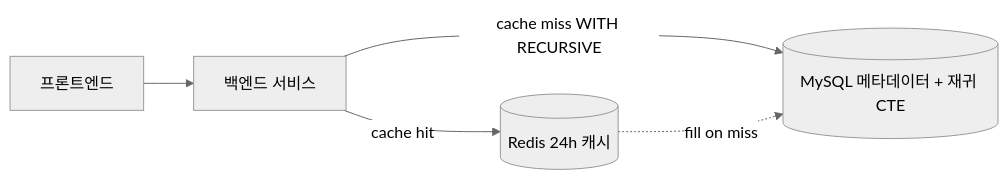
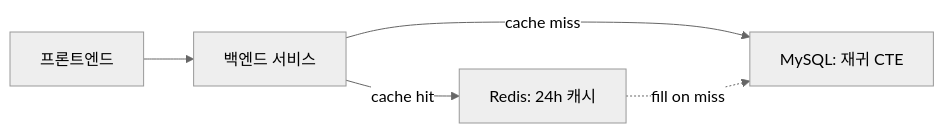
One commit to data-sy/my-math-teacher changed the second of 2 diagrams in docs/reports/m2-cte-migration.md. Above: the diagram before and after it, drawn with Mermaid (neutral theme). The commit also changed other lines of this file and 1 other file, not shown here.

First line of the commit message:
docs: clarify measurement conditions with 3-way comparison and simpler mermaid

````diff
--- a/docs/reports/m2-cte-migration.md
+++ b/docs/reports/m2-cte-migration.md
@@ -57,7 +57,7 @@
 ```mermaid
 flowchart LR
     FE2[프론트엔드] --> BE2[백엔드 서비스]
-    BE2 -->|cache hit| RD[(Redis 24h 캐시)]
-    BE2 -->|cache miss WITH RECURSIVE| MY2[(MySQL 메타데이터 + 재귀 CTE)]
+    BE2 -->|cache hit| RD["Redis: 24h 캐시"]
+    BE2 -->|cache miss| MY2["MySQL: 재귀 CTE"]
     RD -.->|fill on miss| MY2
 ```
````
